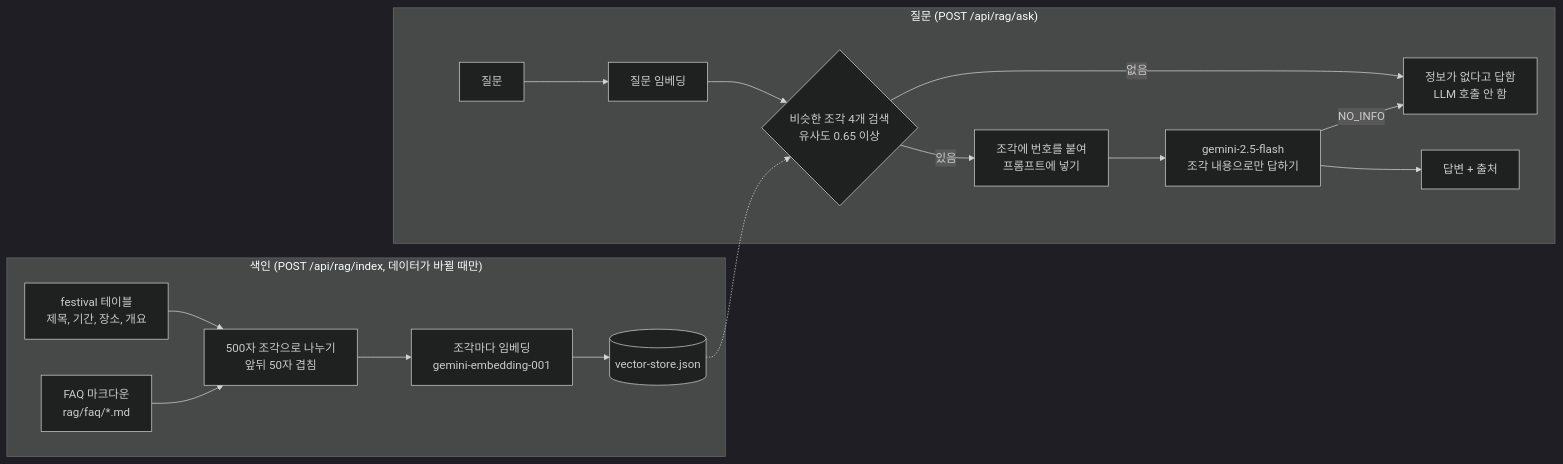
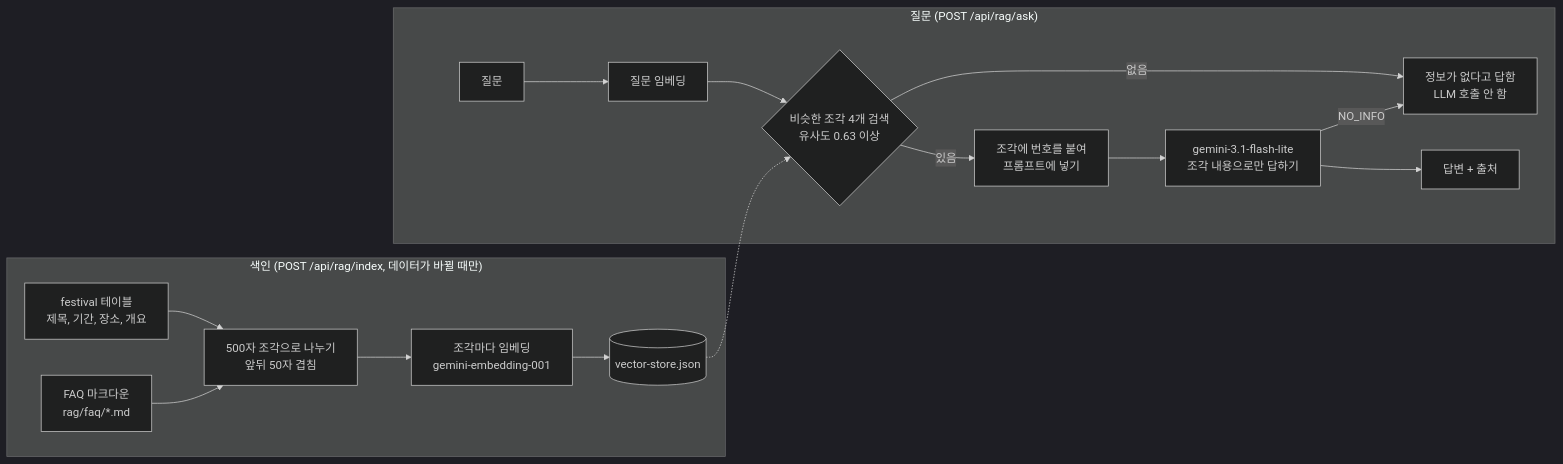
One commit to sonjoohee/festival_ai changed the diagram in README.md. Above: the diagram before and after it, drawn with Mermaid (dark theme). The commit also changed other lines of this file and 2 other files, not shown here.

Commit message:
feat: 실측 점수로 유사도 기준값 0.63 조정

````diff
--- a/README.md
+++ b/README.md
@@ -54,20 +54,20 @@
 ```mermaid
 flowchart LR
     subgraph 색인["색인 (POST /api/rag/index, 데이터가 바뀔 때만)"]
         A[festival 테이블<br/>제목, 기간, 장소, 개요] --> C[500자 조각으로 나누기<br/>앞뒤 50자 겹침]
         B[FAQ 마크다운<br/>rag/faq/*.md] --> C
         C --> D[조각마다 임베딩<br/>gemini-embedding-001]
         D --> E[(vector-store.json)]
     end
 
     subgraph 질문["질문 (POST /api/rag/ask)"]
         Q[질문] --> QE[질문 임베딩]
-        QE --> S{비슷한 조각 4개 검색<br/>유사도 0.65 이상}
+        QE --> S{비슷한 조각 4개 검색<br/>유사도 0.63 이상}
         E -.-> S
         S -- 없음 --> N[정보가 없다고 답함<br/>LLM 호출 안 함]
         S -- 있음 --> P[조각에 번호를 붙여<br/>프롬프트에 넣기]
-        P --> L[gemini-2.5-flash<br/>조각 내용으로만 답하기]
+        P --> L[gemini-3.1-flash-lite<br/>조각 내용으로만 답하기]
         L -- NO_INFO --> N
         L --> R[답변 + 출처]
     end
 ```
````
